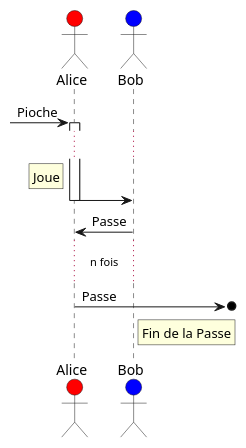
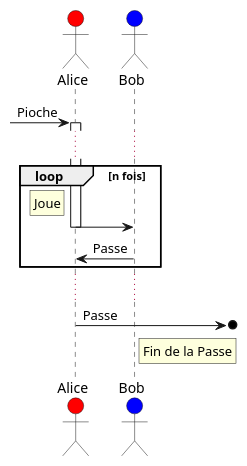
The third of 6 diagrams in sphérier/référence/phases-de-jeu/combat.md (de-dale/wiki), drawn with PlantUML before and after one commit. The commit also changed other lines of this file, not shown here.

````diff
--- a/sphérier/référence/phases-de-jeu/combat.md
+++ b/sphérier/référence/phases-de-jeu/combat.md
@@ -154,14 +144,16 @@
 ```plantuml
 actor Alice #red
 actor Bob #blue
 [-> Alice ++ : Pioche
 
 ...
+loop n fois
 rnote left of Alice: Joue
 Alice -> Bob --
 Bob -> Alice : Passe
-...n fois... 
+end
+...... 
 
 Alice ->o] : Passe
 rnote right of Bob: Fin de la Passe
 ```
````
